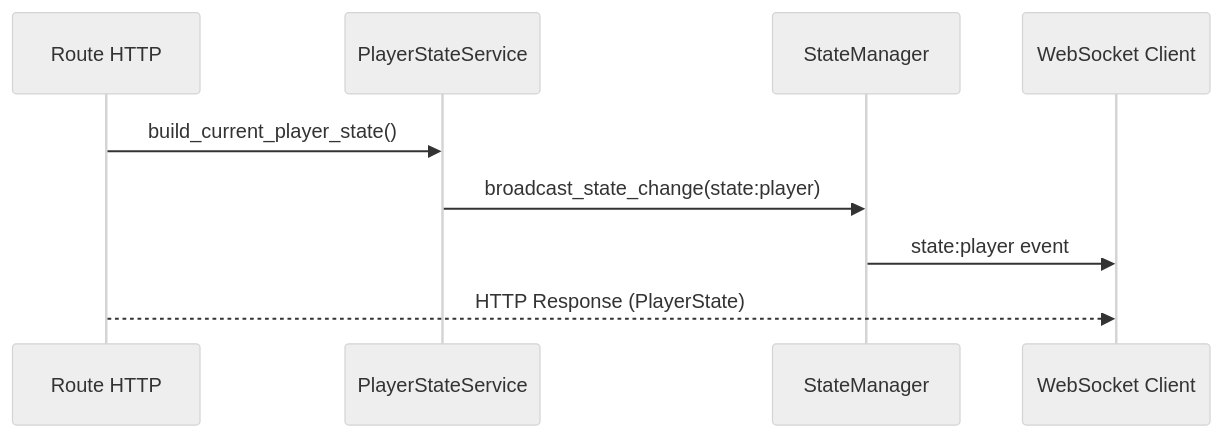
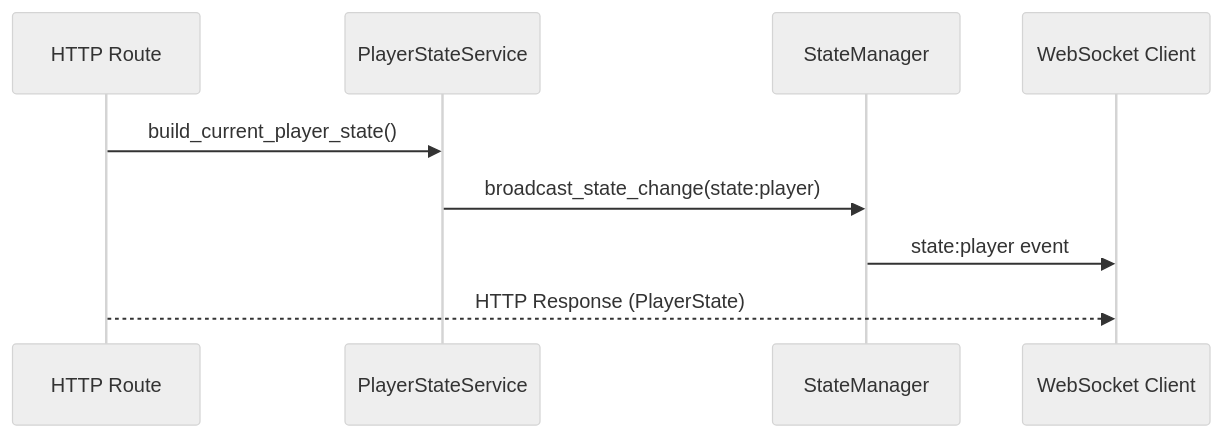
One commit to The-Open-Music-Box/raspberrypi-firmware changed the second of 5 diagrams in docs/guides/backend-services-architecture.md. Above: the diagram before and after it, drawn with Mermaid (neutral theme). The commit also changed other lines of this file and 29 other files, not shown here.

````diff
--- a/docs/guides/backend-services-architecture.md
+++ b/docs/guides/backend-services-architecture.md
@@ -145,12 +153,12 @@
 ```mermaid
 sequenceDiagram
-    participant Route as Route HTTP
+    participant Route as HTTP Route
     participant PSS as PlayerStateService
     participant SM as StateManager
     participant Client as WebSocket Client
 
     Route->>PSS: build_current_player_state()
     PSS->>SM: broadcast_state_change(state:player)
     SM->>Client: state:player event
     Route-->>Client: HTTP Response (PlayerState)
 ```
````
